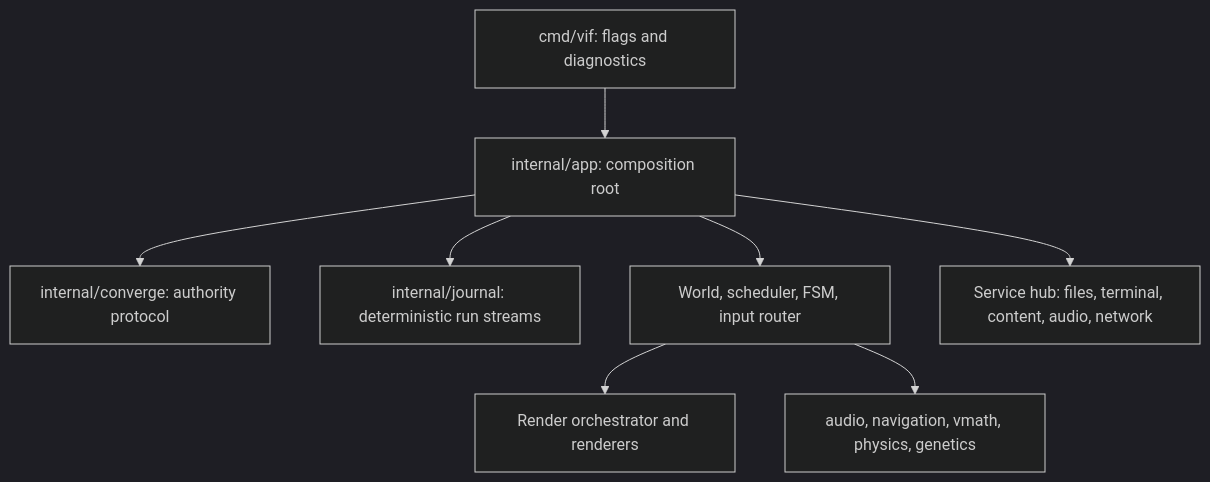
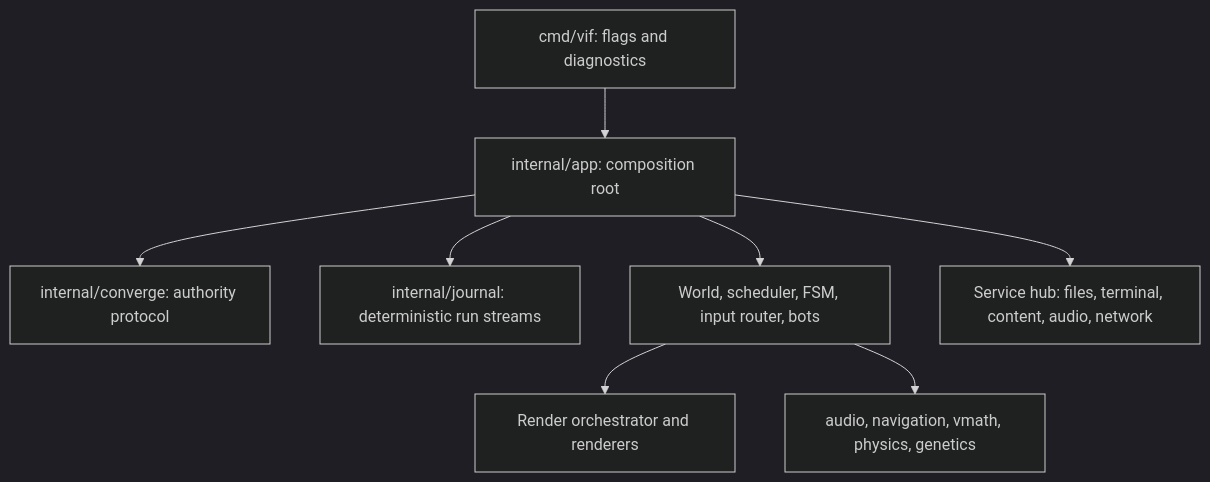
Before and after one commit to lixenwraith/vif: the second of 3 diagrams in doc/architecture.md, drawn with Mermaid (dark theme). The commit also changed other lines of this file and 3 other files, not shown here.

````diff
--- a/doc/architecture.md
+++ b/doc/architecture.md
@@ -36,10 +35,10 @@
 ```mermaid
 flowchart TD
     Entry["cmd/vif: flags and diagnostics"] --> App["internal/app: composition root"]
     App --> Converge["internal/converge: authority protocol"]
     App --> Journal["internal/journal: deterministic run streams"]
-    App --> Runtime["World, scheduler, FSM, input router"]
+    App --> Runtime["World, scheduler, FSM, input router, bots"]
     App --> IO["Service hub: files, terminal, content, audio, network"]
     Runtime --> Presentation["Render orchestrator and renderers"]
     Runtime --> Libraries["audio, navigation, vmath, physics, genetics"]
 ```
````
